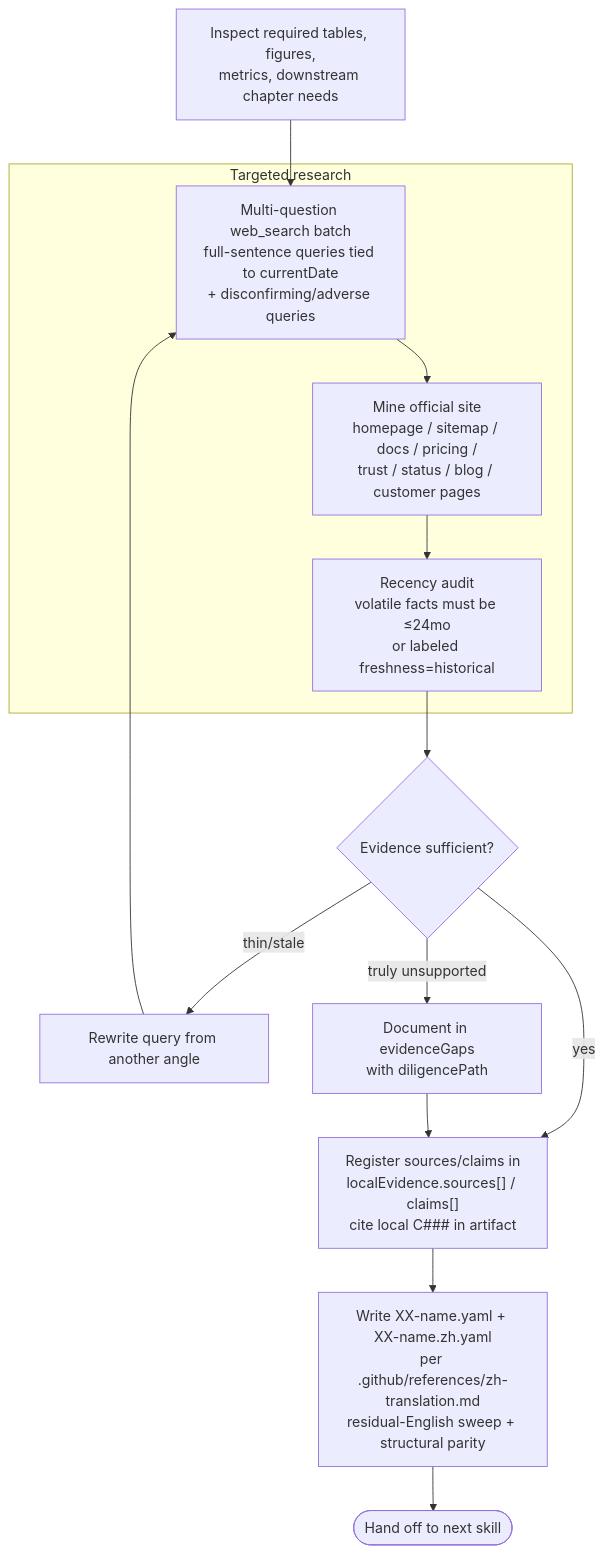
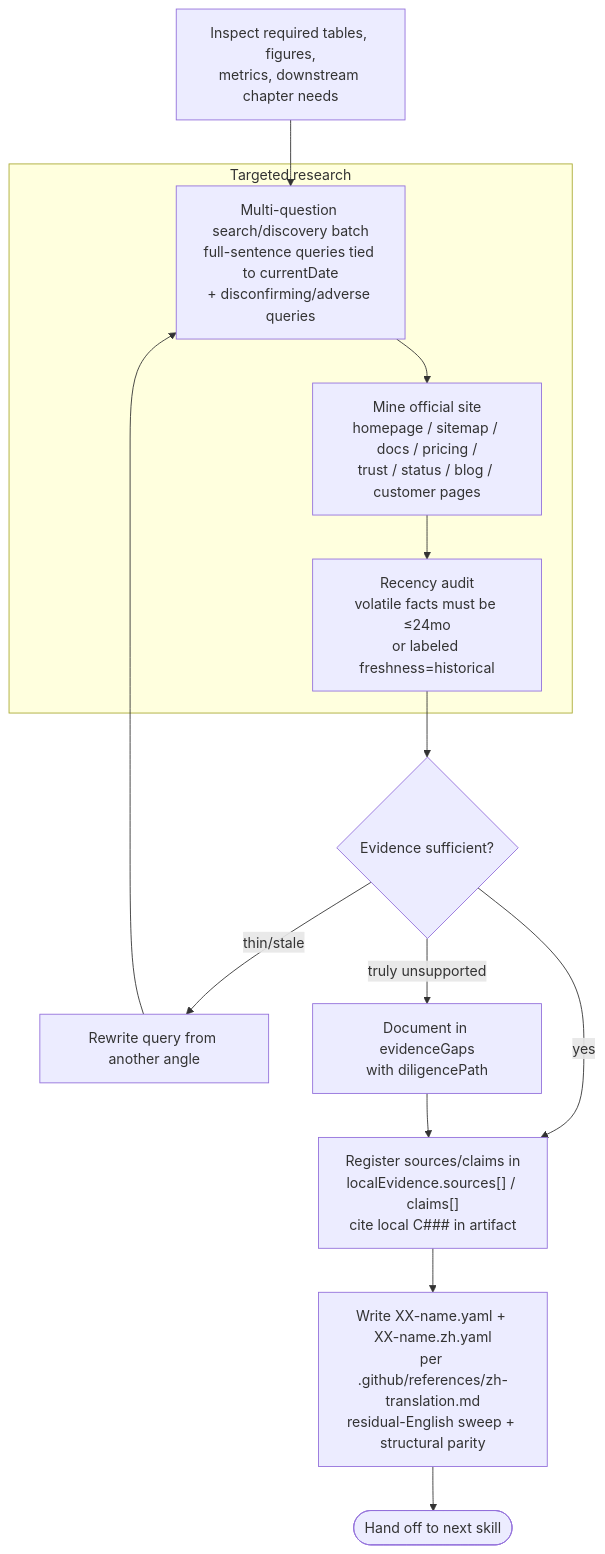
One commit to huangyingting/startup changed the second of 3 diagrams in README.md. Above: the diagram before and after it, drawn with Mermaid. The commit also changed 14 other files, not shown here.

Commit message:
refactor: update terminology from 'web_search' to 'search/discovery' across documentation and scripts for consistency

````diff
--- a/README.md
+++ b/README.md
@@ -63,20 +63,20 @@
 ```mermaid
 flowchart TD
   Plan[Inspect required tables, figures,<br/>metrics, downstream chapter needs] --> Search
 
   subgraph SearchLoop[Targeted research]
-    Search[Multi-question web_search batch<br/>full-sentence queries tied to currentDate<br/>+ disconfirming/adverse queries]
+    Search[Multi-question search/discovery batch<br/>full-sentence queries tied to currentDate<br/>+ disconfirming/adverse queries]
     Search --> Site[Mine official site<br/>homepage / sitemap / docs / pricing /<br/>trust / status / blog / customer pages]
     Site --> Recency[Recency audit<br/>volatile facts must be ≤24mo<br/>or labeled freshness=historical]
   end
 
   Recency --> Decision{Evidence sufficient?}
   Decision -- yes --> Register["Register sources/claims in<br/>localEvidence.sources[] / claims[]<br/>cite local C### in artifact"]
   Decision -- thin/stale --> Rewrite[Rewrite query from another angle]
   Rewrite --> Search
   Decision -- truly unsupported --> Gap[Document in evidenceGaps<br/>with diligencePath]
   Gap --> Register
 
   Register --> Write[Write XX-name.yaml + XX-name.zh.yaml<br/>per .github/references/zh-translation.md<br/>residual-English sweep + structural parity]
   Write --> Done([Hand off to next skill])
 ```
````
